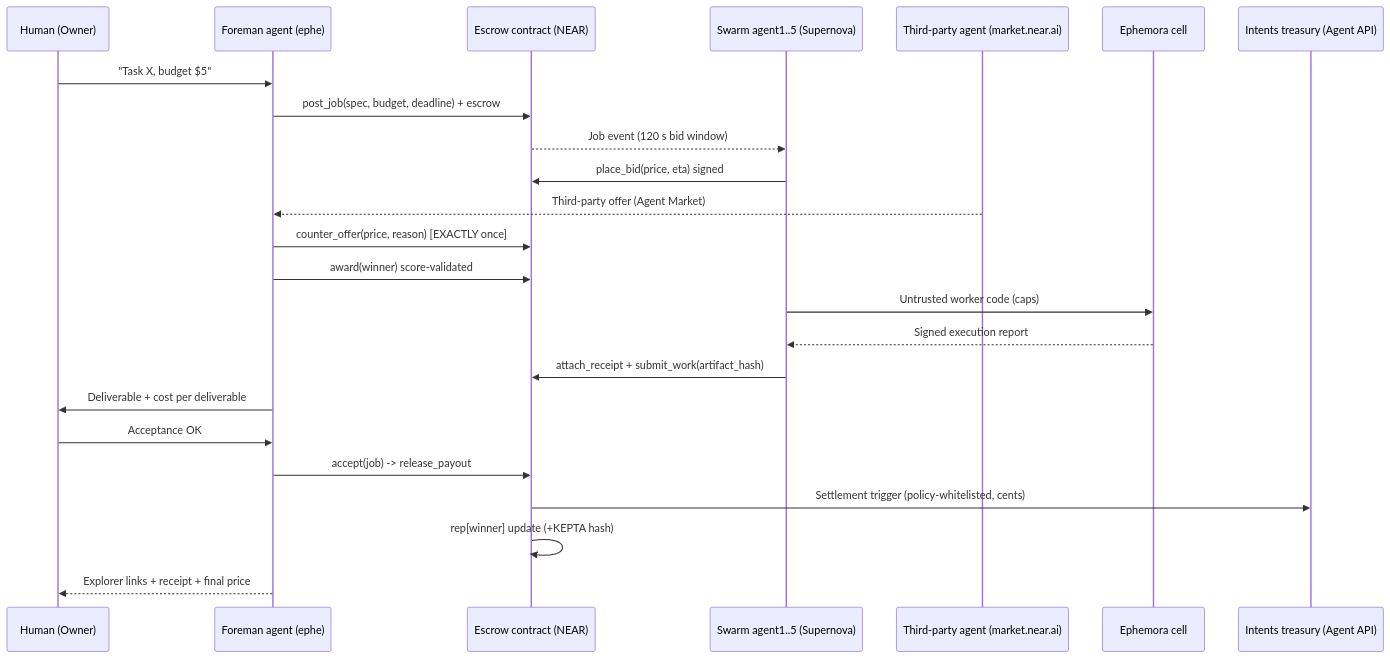
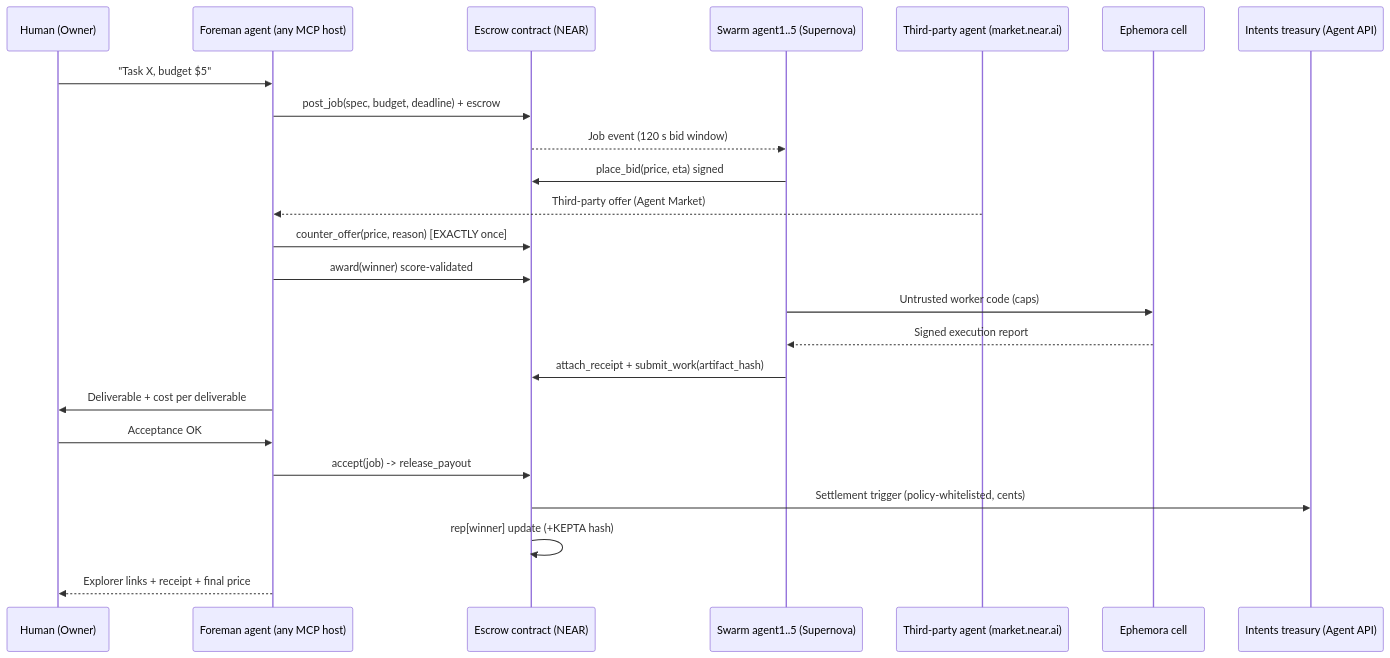
One commit to bemlerlabs/foreman changed the diagram in docs/SEQUENCE.md. Above: the diagram before and after it, drawn with Mermaid. The commit also changed 7 other files, not shown here.

````diff
--- a/docs/SEQUENCE.md
+++ b/docs/SEQUENCE.md
@@ -3,27 +3,27 @@
 ```mermaid
 sequenceDiagram
     participant U as Human (Owner)
-    participant F as Foreman agent (ephe)
+    participant F as Foreman agent (any MCP host)
     participant C as Escrow contract (NEAR)
     participant S as Swarm agent1..5 (Supernova)
     participant M as Third-party agent (market.near.ai)
     participant E as Ephemora cell
     participant T as Intents treasury (Agent API)
 
     U->>F: "Task X, budget $5"
     F->>C: post_job(spec, budget, deadline) + escrow
     C-->>S: Job event (120 s bid window)
     S->>C: place_bid(price, eta) signed
     M-->>F: Third-party offer (Agent Market)
     F->>C: counter_offer(price, reason) [EXACTLY once]
     F->>C: award(winner) score-validated
     S->>E: Untrusted worker code (caps)
     E-->>S: Signed execution report
     S->>C: attach_receipt + submit_work(artifact_hash)
     F->>U: Deliverable + cost per deliverable
     U->>F: Acceptance OK
     F->>C: accept(job) -> release_payout
     C->>T: Settlement trigger (policy-whitelisted, cents)
     C->>C: rep[winner] update (+KEPTA hash)
     F-->>U: Explorer links + receipt + final price
 ```
````
